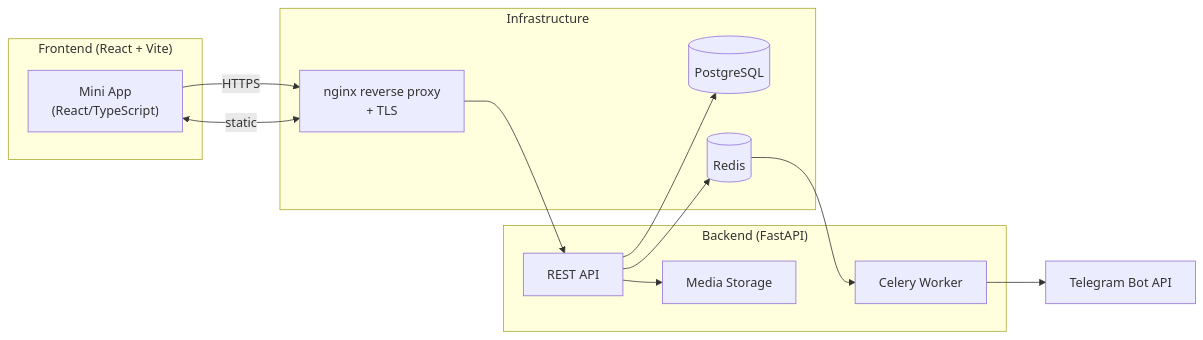
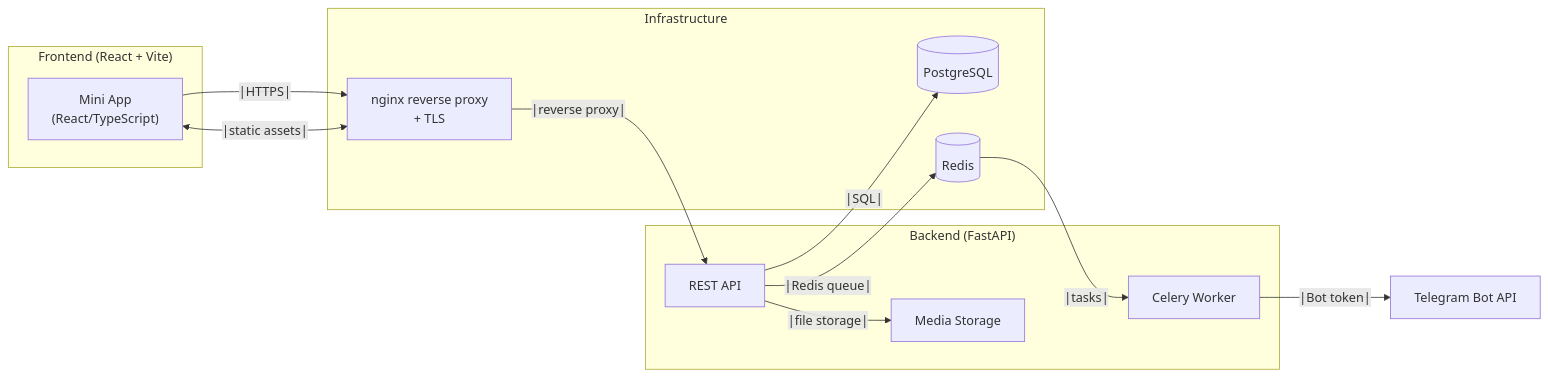
One commit to yafoxins/Wishfox changed the second of 2 diagrams in README.md. Above: the diagram before and after it, drawn with Mermaid. The commit also changed other lines of this file, not shown here.

````diff
--- a/README.md
+++ b/README.md
@@ -141,29 +145,29 @@
 ```mermaid
 flowchart LR
     subgraph Client ["Frontend (React + Vite)"]
         AppEn["Mini App\n(React/TypeScript)"]
     end
 
     subgraph BackEn["Backend (FastAPI)"]
         APIEn["REST API"]
         WorkerEn["Celery Worker"]
         MediaEn["Media Storage"]
     end
 
     subgraph InfraEn["Infrastructure"]
         DBEn[(PostgreSQL)]
         CacheEn[(Redis)]
         NginxEn["nginx reverse proxy\n+ TLS"]
     end
 
     TelegramEn["Telegram Bot API"]
 
-    AppEn -- HTTPS --> NginxEn
-    NginxEn --> APIEn
-    APIEn --> DBEn
-    APIEn --> CacheEn
-    CacheEn --> WorkerEn
-    WorkerEn --> TelegramEn
-    APIEn --> MediaEn
-    AppEn <-- static --> NginxEn
+    AppEn --|HTTPS|--> NginxEn
+    NginxEn --|reverse proxy|--> APIEn
+    APIEn --|SQL|--> DBEn
+    APIEn --|Redis queue|--> CacheEn
+    CacheEn --|tasks|--> WorkerEn
+    WorkerEn --|Bot token|--> TelegramEn
+    APIEn --|file storage|--> MediaEn
+    AppEn <--|static assets|--> NginxEn
 ```
````
